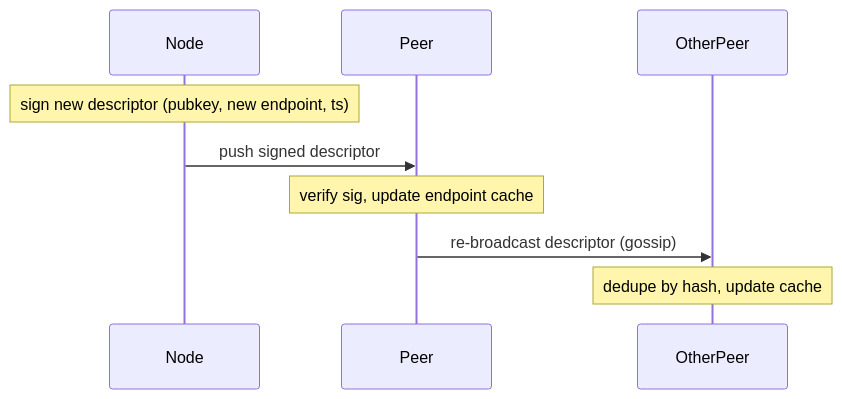
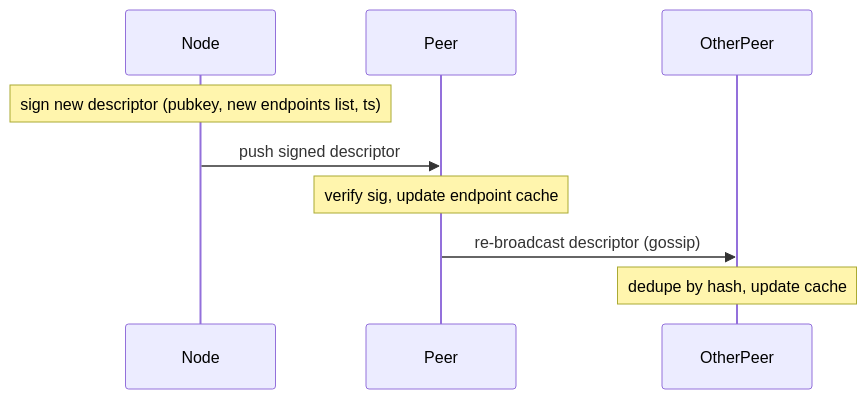
One commit to input-output-hk/pubsub changed the diagram in docs/node-lifecycle/endpoint-change.md. Above: the diagram before and after it, drawn with Mermaid. The commit also changed other lines of this file and 2 other files, not shown here.

First line of the commit message:
docs(node-lifecycle): SignedDescriptor carries an ordered endpoints list

````diff
--- a/docs/node-lifecycle/endpoint-change.md
+++ b/docs/node-lifecycle/endpoint-change.md
@@ -16,12 +16,12 @@
 ```mermaid
 sequenceDiagram
     participant Node
     participant Peer
     participant OtherPeer
 
-    Note over Node: sign new descriptor (pubkey, new endpoint, ts)
+    Note over Node: sign new descriptor (pubkey, new endpoints list, ts)
     Node->>Peer: push signed descriptor
     Note over Peer: verify sig, update endpoint cache
     Peer->>OtherPeer: re-broadcast descriptor (gossip)
     Note over OtherPeer: dedupe by hash, update cache
 ```
````
